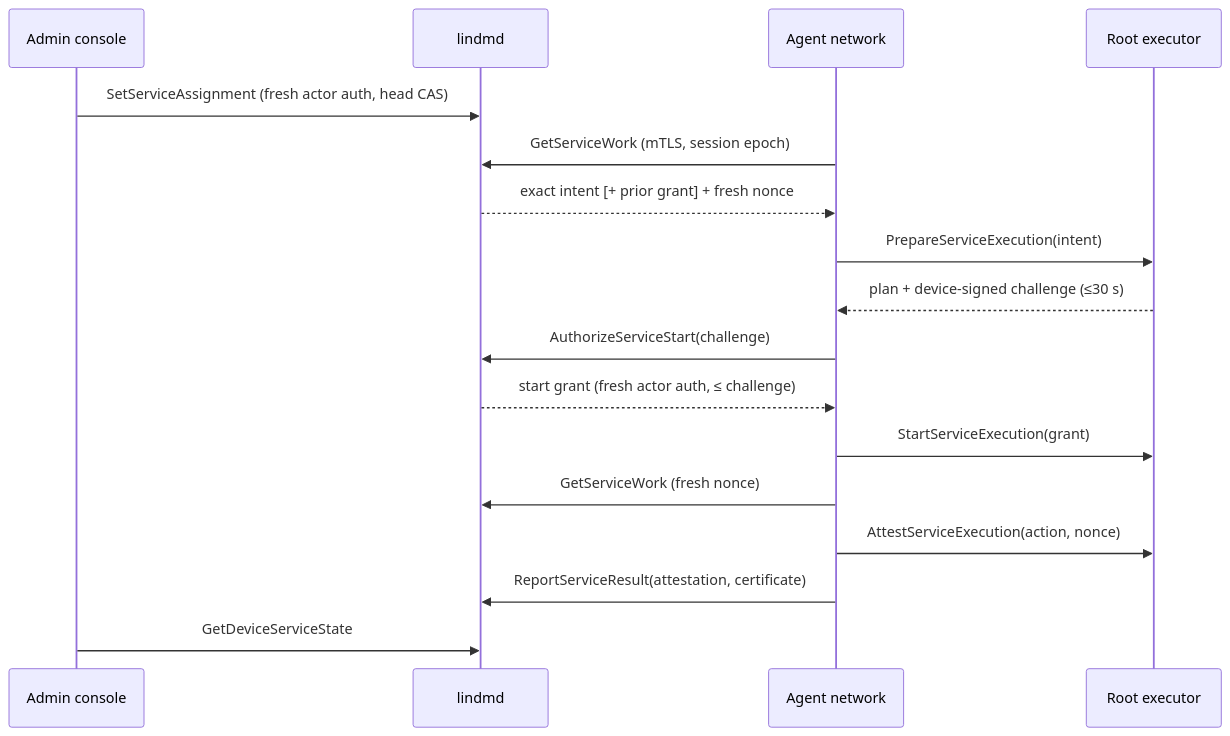
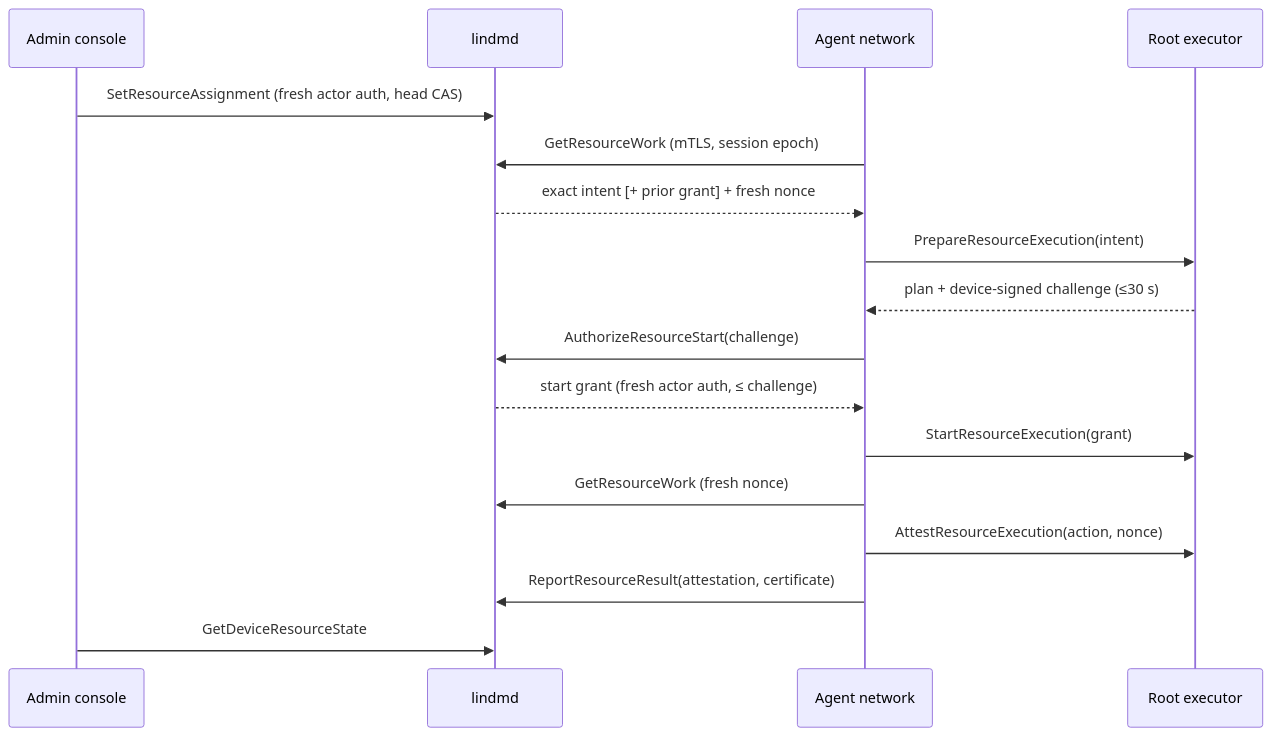
Before and after one commit to radkawar/lindm: the second of 2 diagrams in docs/architecture.md, drawn with Mermaid. The commit also changed other lines of this file and 430 other files, not shown here.

````diff
--- a/docs/architecture.md
+++ b/docs/architecture.md
@@ -824,19 +845,19 @@
 ```mermaid
 sequenceDiagram
     participant A as Admin console
     participant S as lindmd
     participant N as Agent network
     participant E as Root executor
-    A->>S: SetServiceAssignment (fresh actor auth, head CAS)
-    N->>S: GetServiceWork (mTLS, session epoch)
+    A->>S: SetResourceAssignment (fresh actor auth, head CAS)
+    N->>S: GetResourceWork (mTLS, session epoch)
     S-->>N: exact intent [+ prior grant] + fresh nonce
-    N->>E: PrepareServiceExecution(intent)
+    N->>E: PrepareResourceExecution(intent)
     E-->>N: plan + device-signed challenge (≤30 s)
-    N->>S: AuthorizeServiceStart(challenge)
+    N->>S: AuthorizeResourceStart(challenge)
     S-->>N: start grant (fresh actor auth, ≤ challenge)
-    N->>E: StartServiceExecution(grant)
-    N->>S: GetServiceWork (fresh nonce)
-    N->>E: AttestServiceExecution(action, nonce)
-    N->>S: ReportServiceResult(attestation, certificate)
-    A->>S: GetDeviceServiceState
+    N->>E: StartResourceExecution(grant)
+    N->>S: GetResourceWork (fresh nonce)
+    N->>E: AttestResourceExecution(action, nonce)
+    N->>S: ReportResourceResult(attestation, certificate)
+    A->>S: GetDeviceResourceState
 ```
````
